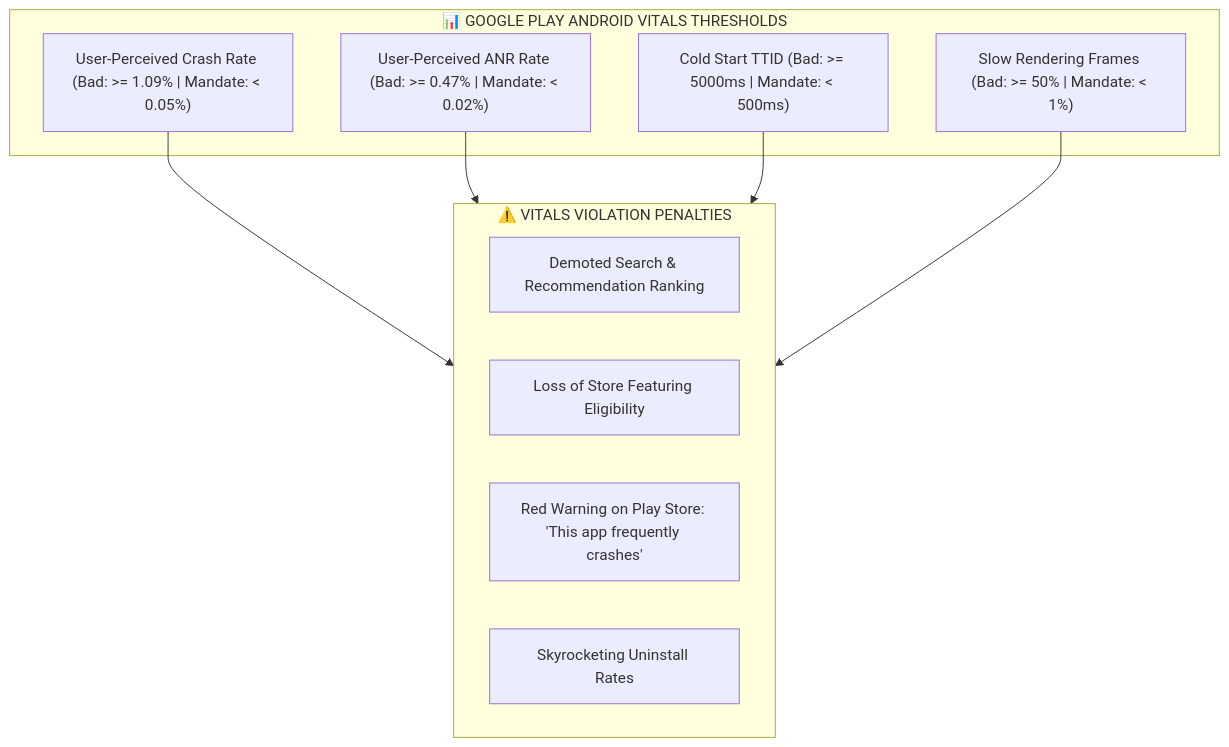
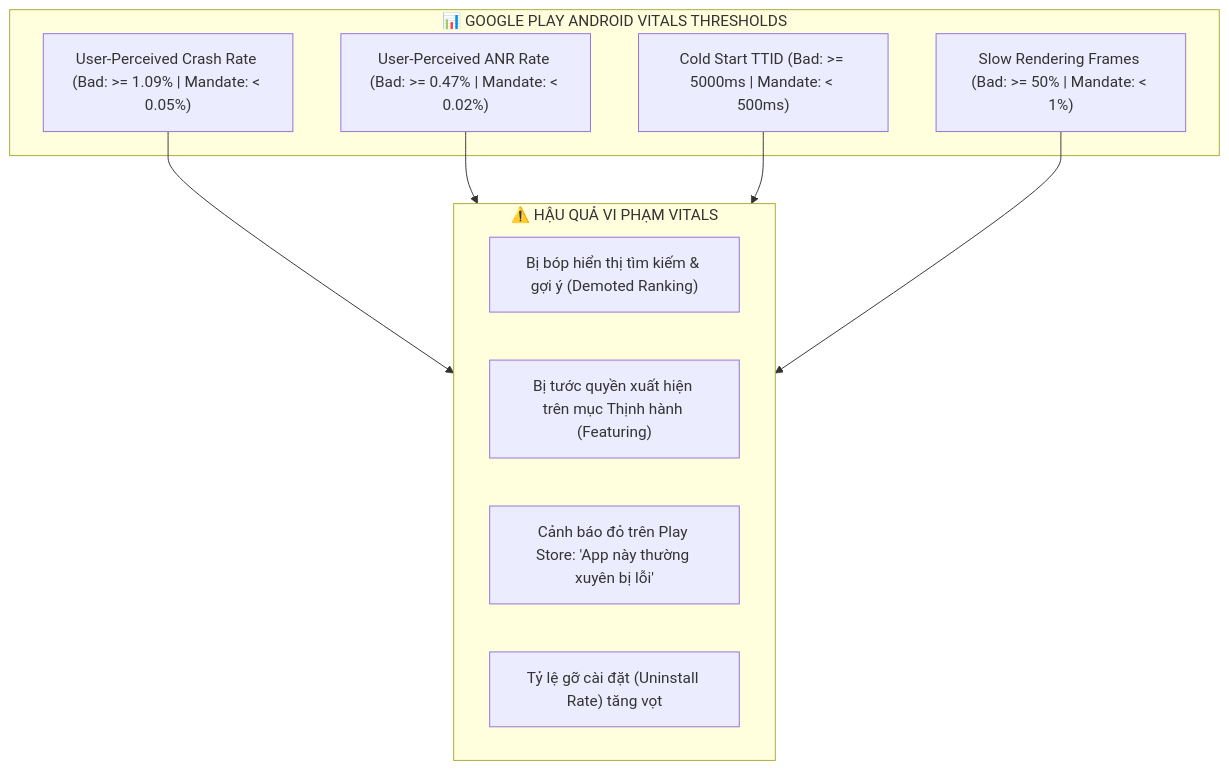
One commit to vinhvox/Anti-Vibe-Coding-Android-Engine changed the first of 2 diagrams in skills/app-quality-vitals/SKILL.md. Above: the diagram before and after it, drawn with Mermaid. The commit also changed other lines of this file and 62 other files, not shown here.

````diff
--- a/skills/app-quality-vitals/SKILL.md
+++ b/skills/app-quality-vitals/SKILL.md
@@ -16,21 +16,21 @@
 ```mermaid
 graph TD
     subgraph VITALS_THRESHOLDS["📊 GOOGLE PLAY ANDROID VITALS THRESHOLDS"]
         C["User-Perceived Crash Rate (Bad: >= 1.09% | Mandate: < 0.05%)"]
         A["User-Perceived ANR Rate (Bad: >= 0.47% | Mandate: < 0.02%)"]
         S["Cold Start TTID (Bad: >= 5000ms | Mandate: < 500ms)"]
         J["Slow Rendering Frames (Bad: >= 50% | Mandate: < 1%)"]
     end
 
-    subgraph PENALTIES["⚠️ VITALS VIOLATION PENALTIES"]
-        P1["Demoted Search & Recommendation Ranking"]
-        P2["Loss of Store Featuring Eligibility"]
-        P3["Red Warning on Play Store: 'This app frequently crashes'"]
-        P4["Skyrocketing Uninstall Rates"]
+    subgraph PENALTIES["⚠️ HẬU QUẢ VI PHẠM VITALS"]
+        P1["Bị bóp hiển thị tìm kiếm & gợi ý (Demoted Ranking)"]
+        P2["Bị tước quyền xuất hiện trên mục Thịnh hành (Featuring)"]
+        P3["Cảnh báo đỏ trên Play Store: 'App này thường xuyên bị lỗi'"]
+        P4["Tỷ lệ gỡ cài đặt (Uninstall Rate) tăng vọt"]
     end
 
     C --> PENALTIES
     A --> PENALTIES
     S --> PENALTIES
     J --> PENALTIES
 ```
````
